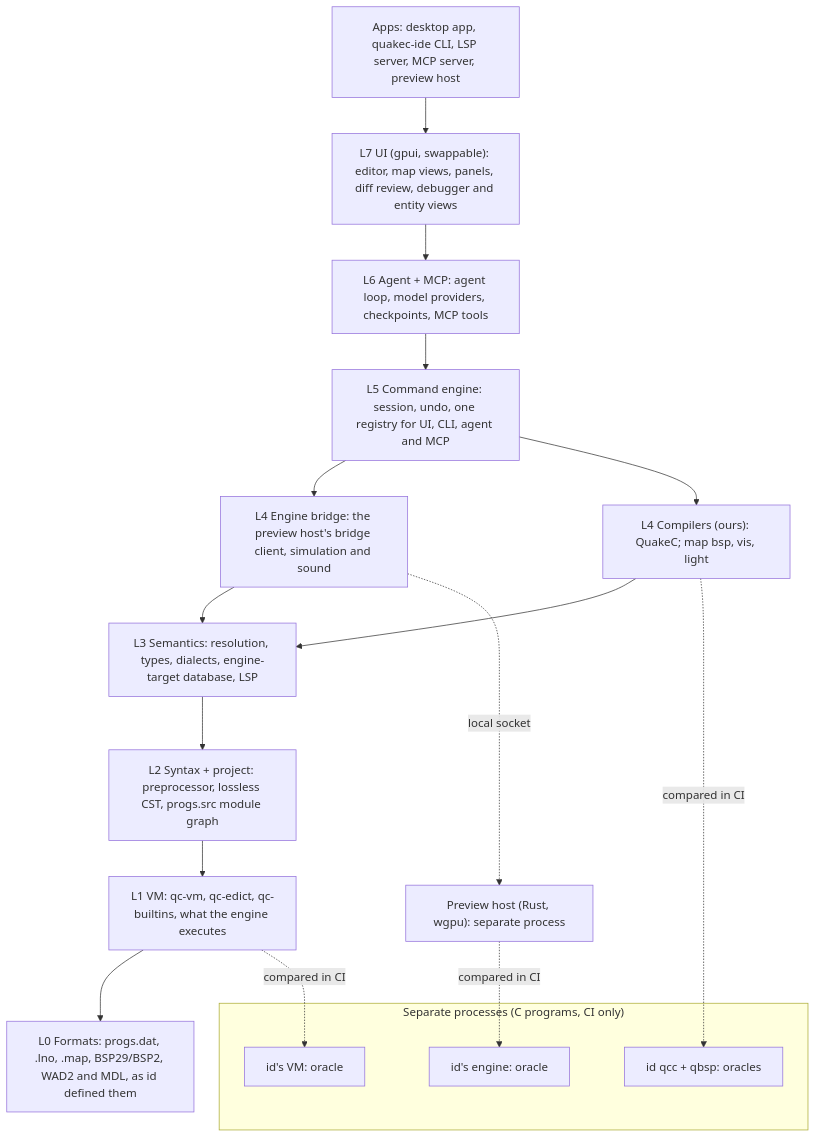
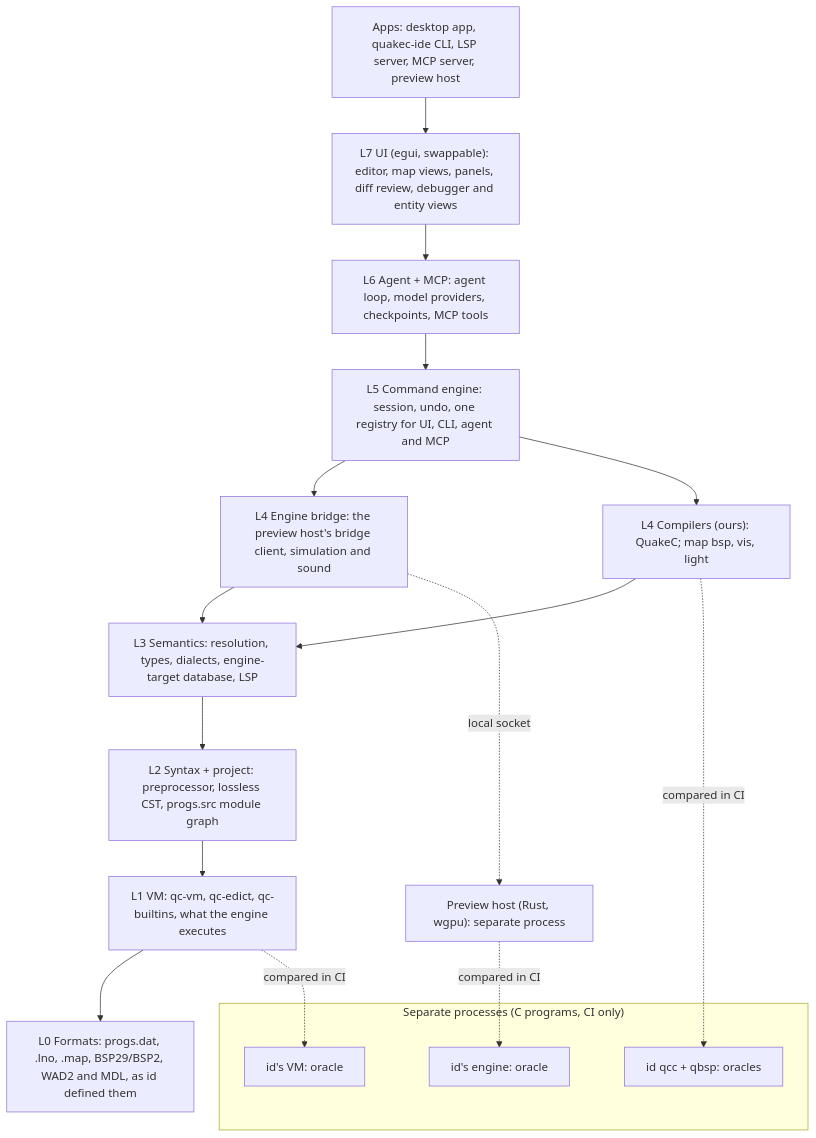
The diagram in docs/design/design-doc.md (quakecstudio/editor), drawn with Mermaid before and after one commit. The commit also changed other lines of this file and 10 other files, not shown here.

Commit message:
docs(adr): accept ADR-0003, build the editor UI on egui

````diff
--- a/docs/design/design-doc.md
+++ b/docs/design/design-doc.md
@@ -92,29 +92,29 @@
 ```mermaid
 flowchart TB
   apps["Apps: desktop app, quakec-ide CLI, LSP server, MCP server, preview host"]
-  ui["L7 UI (gpui, swappable): editor, map views, panels, diff review, debugger and entity views"]
+  ui["L7 UI (egui, swappable): editor, map views, panels, diff review, debugger and entity views"]
   agent["L6 Agent + MCP: agent loop, model providers, checkpoints, MCP tools"]
   cmd["L5 Command engine: session, undo, one registry for UI, CLI, agent and MCP"]
   eb["L4 Engine bridge: the preview host's bridge client, simulation and sound"]
   cb["L4 Compilers (ours): QuakeC; map bsp, vis, light"]
   sema["L3 Semantics: resolution, types, dialects, engine-target database, LSP"]
   syn["L2 Syntax + project: preprocessor, lossless CST, progs.src module graph"]
   vm["L1 VM: qc-vm, qc-edict, qc-builtins, what the engine executes"]
   fmt["L0 Formats: progs.dat, .lno, .map, BSP29/BSP2, WAD2 and MDL, as id defined them"]
   subgraph gpl["Separate processes (C programs, CI only)"]
     oracles["id qcc + qbsp: oracles"]
     engine["id's engine: oracle"]
     idvm["id's VM: oracle"]
   end
   host["Preview host (Rust, wgpu): separate process"]
   apps --> ui --> agent --> cmd
   cmd --> eb
   cmd --> cb
   eb --> sema
   cb --> sema
   sema --> syn --> vm --> fmt
   cb -. compared in CI .-> oracles
   eb -. local socket .-> host
   host -. compared in CI .-> engine
   vm -. compared in CI .-> idvm
 ```
````
